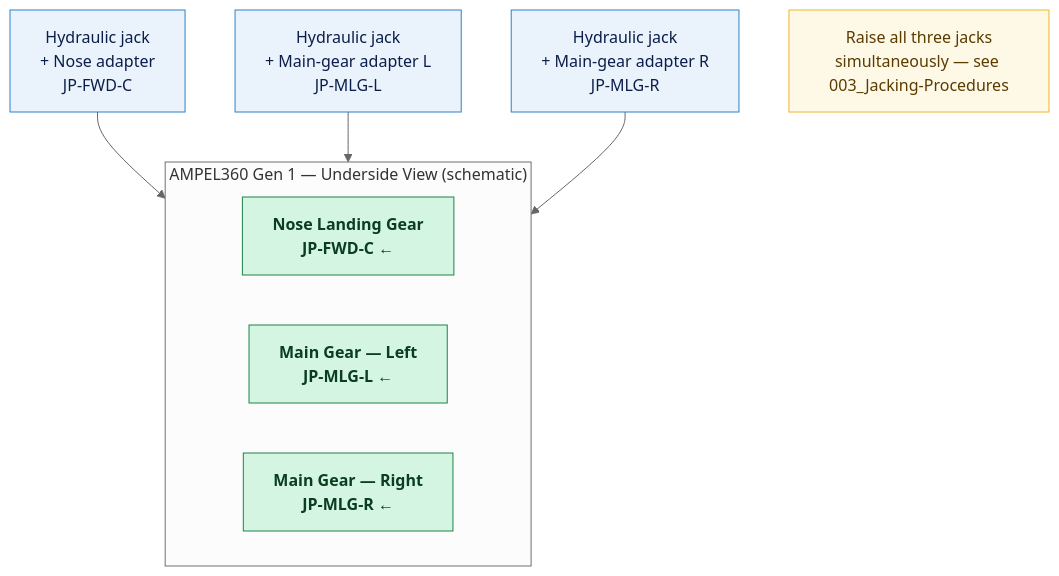
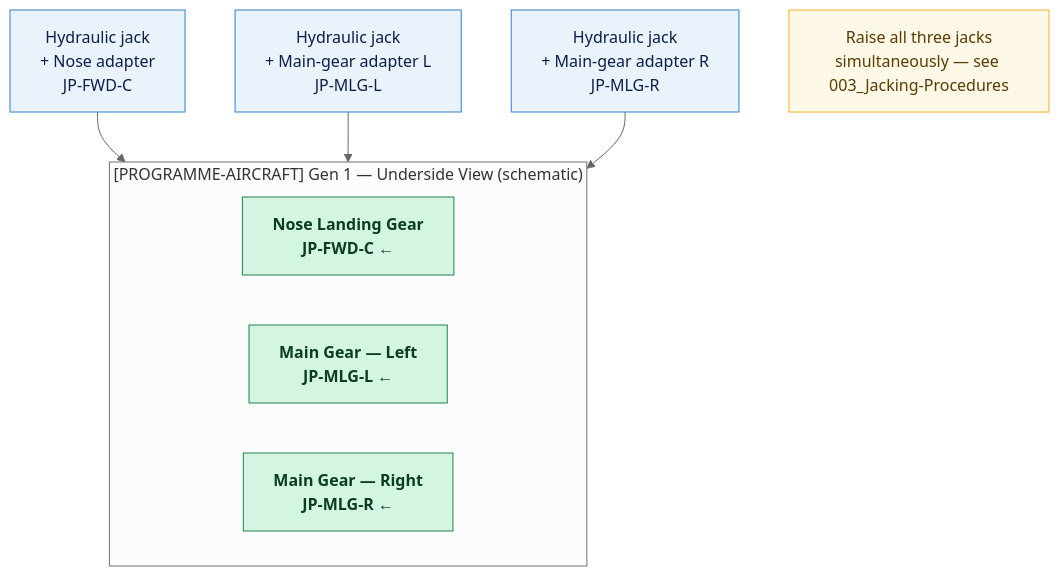
The diagram in Q+ATLANTIDE/000-099_ATLAS/010-019_Manejo-en-Tierra-Servicio/016_Lifting-Shoring-Jacking-Procedures/016-002-Jack-Points-Load-Limits-and-Aircraft-Side-Interfaces.md (AmedeoPelliccia/Qplus-For-All-Queer-People-and-Quantum), drawn with Mermaid (neutral theme) before and after one commit. The commit also changed other lines of this file and 676 other files, not shown here.

First line of the commit message:
feat: de-programmatize all ATLAS standard files — remove AMPEL360E/eWTW programme content

````diff
--- a/Q+ATLANTIDE/000-099_ATLAS/010-019_Manejo-en-Tierra-Servicio/016_Lifting-Shoring-Jacking-Procedures/016-002-Jack-Points-Load-Limits-and-Aircraft-Side-Interfaces.md
+++ b/Q+ATLANTIDE/000-099_ATLAS/010-019_Manejo-en-Tierra-Servicio/016_Lifting-Shoring-Jacking-Procedures/016-002-Jack-Points-Load-Limits-and-Aircraft-Side-Interfaces.md
@@ -117,23 +119,23 @@
 ```mermaid
 flowchart TB
-    subgraph AC["AMPEL360 Gen 1 — Underside View (schematic)"]
+    subgraph AC["[PROGRAMME-AIRCRAFT] Gen 1 — Underside View (schematic)"]
         direction LR
         NLG["Nose Landing Gear<br/>JP-FWD-C ←"]:::jp
         MLG_L["Main Gear — Left<br/>JP-MLG-L ←"]:::jp
         MLG_R["Main Gear — Right<br/>JP-MLG-R ←"]:::jp
     end
 
     JACK_FWD["Hydraulic jack<br/>+ Nose adapter<br/>JP-FWD-C"]:::jack
     JACK_L["Hydraulic jack<br/>+ Main-gear adapter L<br/>JP-MLG-L"]:::jack
     JACK_R["Hydraulic jack<br/>+ Main-gear adapter R<br/>JP-MLG-R"]:::jack
 
     JACK_FWD --> NLG
     JACK_L --> MLG_L
     JACK_R --> MLG_R
 
     NOTE["Raise all three jacks<br/>simultaneously — see 003_Jacking-Procedures"]:::note
 
     classDef jp fill:#d5f5e3,stroke:#1e8449,color:#0b3d20,font-weight:bold
     classDef jack fill:#eaf3fb,stroke:#2c82c9,color:#0b1d4a
     classDef note fill:#fef9e7,stroke:#f0b429,color:#5a3b00
 ```
````
